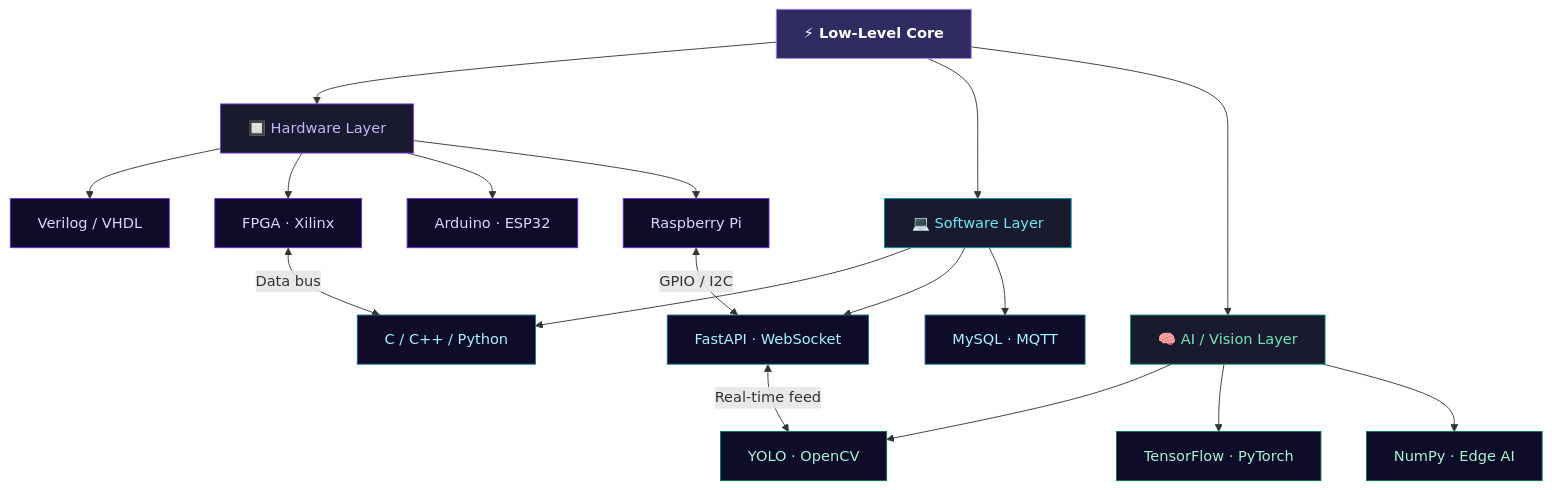
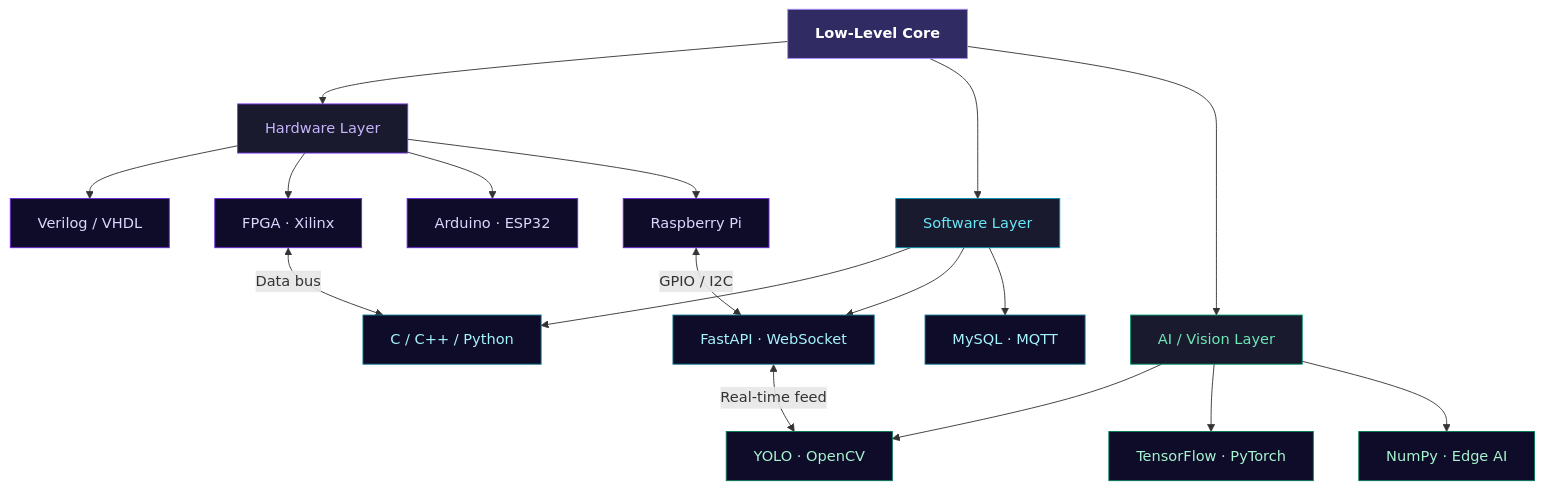
The diagram in README.md (muaz-ahmd/muaz-ahmd), drawn with Mermaid before and after one commit. The commit also changed other lines of this file, not shown here.

````diff
--- a/README.md
+++ b/README.md
@@ -169,38 +174,38 @@
 ```mermaid
 graph TD
-    A["⚡ Low-Level Core"] --> B["🔲 Hardware Layer"]
-    A --> C["💻 Software Layer"]
-    A --> D["🧠 AI / Vision Layer"]
+    A["Low-Level Core"] --> B["Hardware Layer"]
+    A --> C["Software Layer"]
+    A --> D["AI / Vision Layer"]
 
     B --> B1["Verilog / VHDL"]
     B --> B2["FPGA · Xilinx"]
     B --> B3["Arduino · ESP32"]
     B --> B4["Raspberry Pi"]
 
     C --> C1["C / C++ / Python"]
     C --> C2["FastAPI · WebSocket"]
     C --> C3["MySQL · MQTT"]
 
     D --> D1["YOLO · OpenCV"]
     D --> D2["TensorFlow · PyTorch"]
     D --> D3["NumPy · Edge AI"]
 
     B2 <-->|"Data bus"| C1
     C2 <-->|"Real-time feed"| D1
     B4 <-->|"GPIO / I2C"| C2
 
     style A fill:#302b63,stroke:#a78bfa,color:#ffffff,font-weight:bold
     style B fill:#1a1a2e,stroke:#7c3aed,color:#c4b5fd
     style C fill:#1a1a2e,stroke:#0891b2,color:#67e8f9
     style D fill:#1a1a2e,stroke:#059669,color:#6ee7b7
     style B1 fill:#0f0c29,stroke:#6d28d9,color:#ddd6fe
     style B2 fill:#0f0c29,stroke:#6d28d9,color:#ddd6fe
     style B3 fill:#0f0c29,stroke:#6d28d9,color:#ddd6fe
     style B4 fill:#0f0c29,stroke:#6d28d9,color:#ddd6fe
     style C1 fill:#0f0c29,stroke:#0e7490,color:#a5f3fc
     style C2 fill:#0f0c29,stroke:#0e7490,color:#a5f3fc
     style C3 fill:#0f0c29,stroke:#0e7490,color:#a5f3fc
     style D1 fill:#0f0c29,stroke:#047857,color:#a7f3d0
     style D2 fill:#0f0c29,stroke:#047857,color:#a7f3d0
     style D3 fill:#0f0c29,stroke:#047857,color:#a7f3d0
 ```
````
